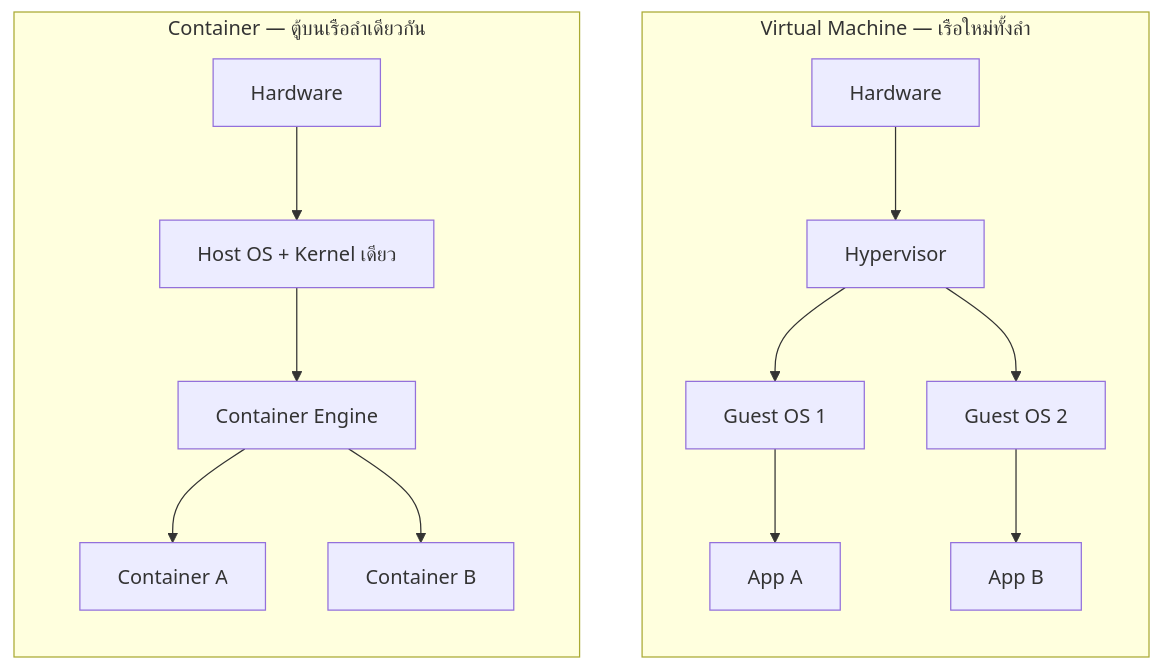
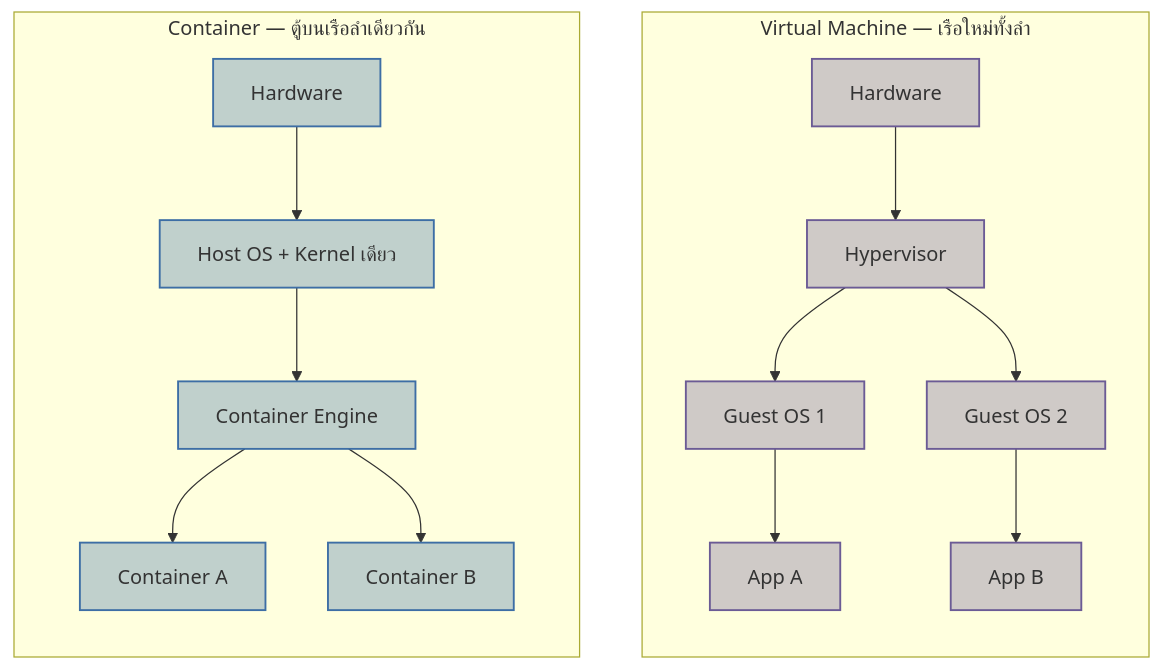
Before and after one commit to Thail3/study-system: the first of 2 diagrams in src/content/module-18/01-containerization-basics.md, drawn with Mermaid. The commit also changed other lines of this file and 41 other files, not shown here.

First line of the commit message:
add Security Architecture pillar, Strangler Fig and intro topics, and bring System Architecture content up to par with System Design

````diff
--- a/src/content/module-18/01-containerization-basics.md
+++ b/src/content/module-18/01-containerization-basics.md
@@ -15,16 +15,21 @@
 ```mermaid
 flowchart TB
     subgraph VM["Virtual Machine — เรือใหม่ทั้งลำ"]
         direction TB
         H1[Hardware] --> HV[Hypervisor]
         HV --> G1["Guest OS 1"] & G2["Guest OS 2"]
         G1 --> A1["App A"]
         G2 --> A2["App B"]
     end
     subgraph CT["Container — ตู้บนเรือลำเดียวกัน"]
         direction TB
         H2[Hardware] --> OS["Host OS + Kernel เดียว"]
         OS --> CE["Container Engine"]
         CE --> C1["Container A"] & C2["Container B"]
     end
+
+    classDef vm fill:#6b5b9552,stroke:#6b5b95,stroke-width:1.5px
+    classDef ct fill:#3d6ea552,stroke:#3d6ea5,stroke-width:1.5px
+    class H1,HV,G1,G2,A1,A2 vm
+    class H2,OS,CE,C1,C2 ct
 ```
````
